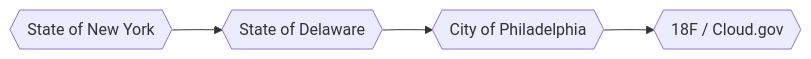
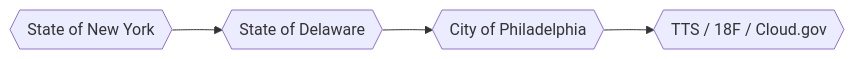
Before and after one commit to mheadd/mheadd: the diagram in README.md, drawn with Mermaid. The commit also changed other lines of this file, not shown here.

````diff
--- a/README.md
+++ b/README.md
@@ -15,7 +15,7 @@
 ```mermaid
 flowchart LR
    id1{{State of New York}}
    -->id2{{State of Delaware}}
    -->id3{{City of Philadelphia}}
-   -->id4{{18F / Cloud.gov}}
+   -->id4{{TTS / 18F / Cloud.gov}}
 ```
````
